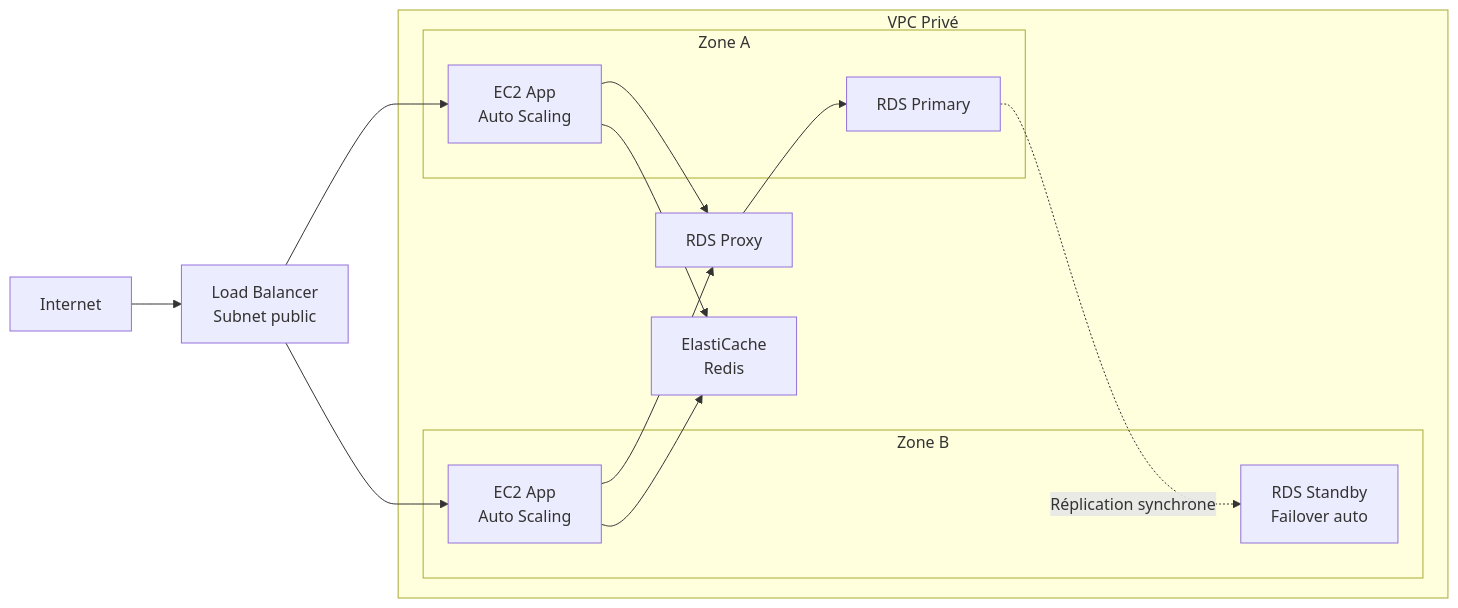
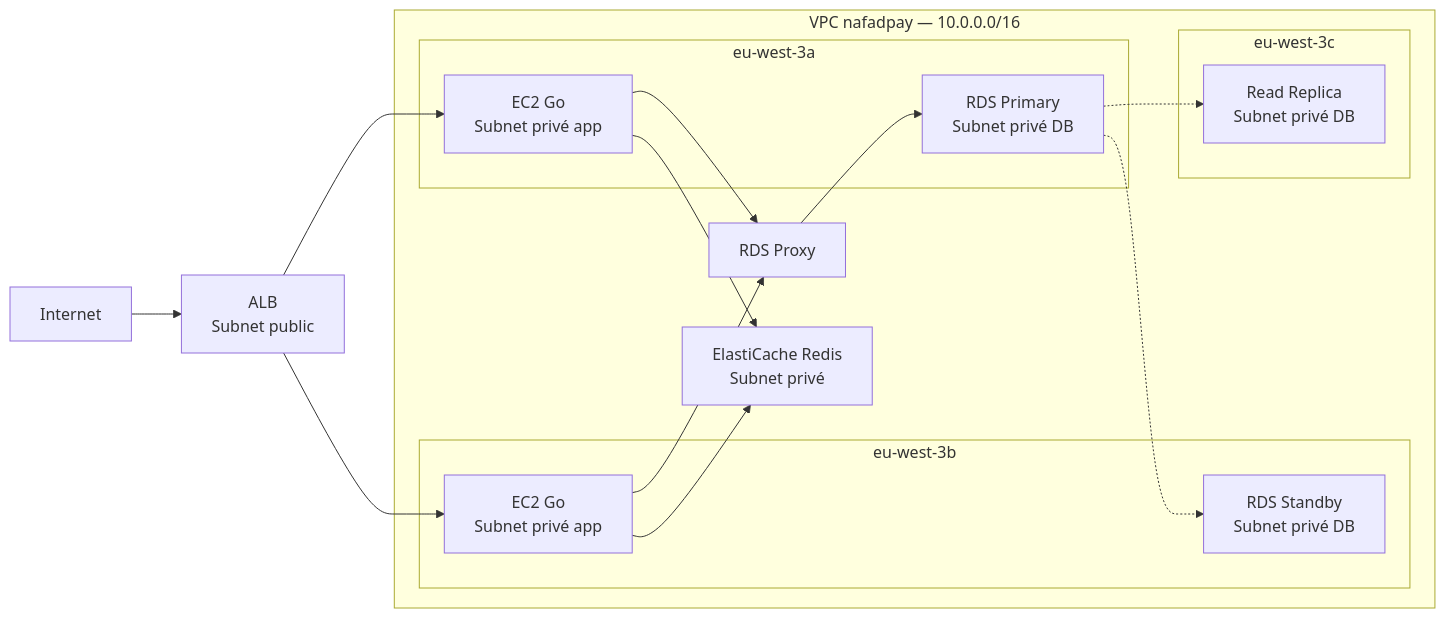
One commit to Bedra11/nafad-pay-g1-oltp changed the third of 6 diagrams in docs/at_scale.md. Above: the diagram before and after it, drawn with Mermaid. The commit also changed other lines of this file and 3 other files, not shown here.

````diff
--- a/docs/at_scale.md
+++ b/docs/at_scale.md
@@ -177,27 +93,31 @@
 ```mermaid
 flowchart LR
 
-Internet --> ALB[Load Balancer\nSubnet public]
+Internet --> ALB[ALB\nSubnet public]
 
-subgraph VPC [VPC Privé]
-    subgraph AZ1 [Zone A]
-        EC2_A[EC2 App\nAuto Scaling]
-        RDS_P[RDS Primary]
+subgraph VPC [VPC nafadpay — 10.0.0.0/16]
+    subgraph AZ_A [eu-west-3a]
+        EC2_A[EC2 Go\nSubnet privé app]
+        RDS_P[RDS Primary\nSubnet privé DB]
     end
-    subgraph AZ2 [Zone B]
-        EC2_B[EC2 App\nAuto Scaling]
-        RDS_S[RDS Standby\nFailover auto]
+    subgraph AZ_B [eu-west-3b]
+        EC2_B[EC2 Go\nSubnet privé app]
+        RDS_S[RDS Standby\nSubnet privé DB]
     end
-    Redis[ElastiCache\nRedis]
+    subgraph AZ_C [eu-west-3c]
+        RDS_R[Read Replica\nSubnet privé DB]
+    end
     Proxy[RDS Proxy]
+    Redis[ElastiCache Redis\nSubnet privé]
 end
 
 ALB --> EC2_A
 ALB --> EC2_B
 EC2_A --> Proxy
 EC2_B --> Proxy
 Proxy --> RDS_P
-RDS_P -.->|Réplication synchrone| RDS_S
+RDS_P -.-> RDS_S
+RDS_P -.-> RDS_R
 EC2_A --> Redis
 EC2_B --> Redis
 ```
````
